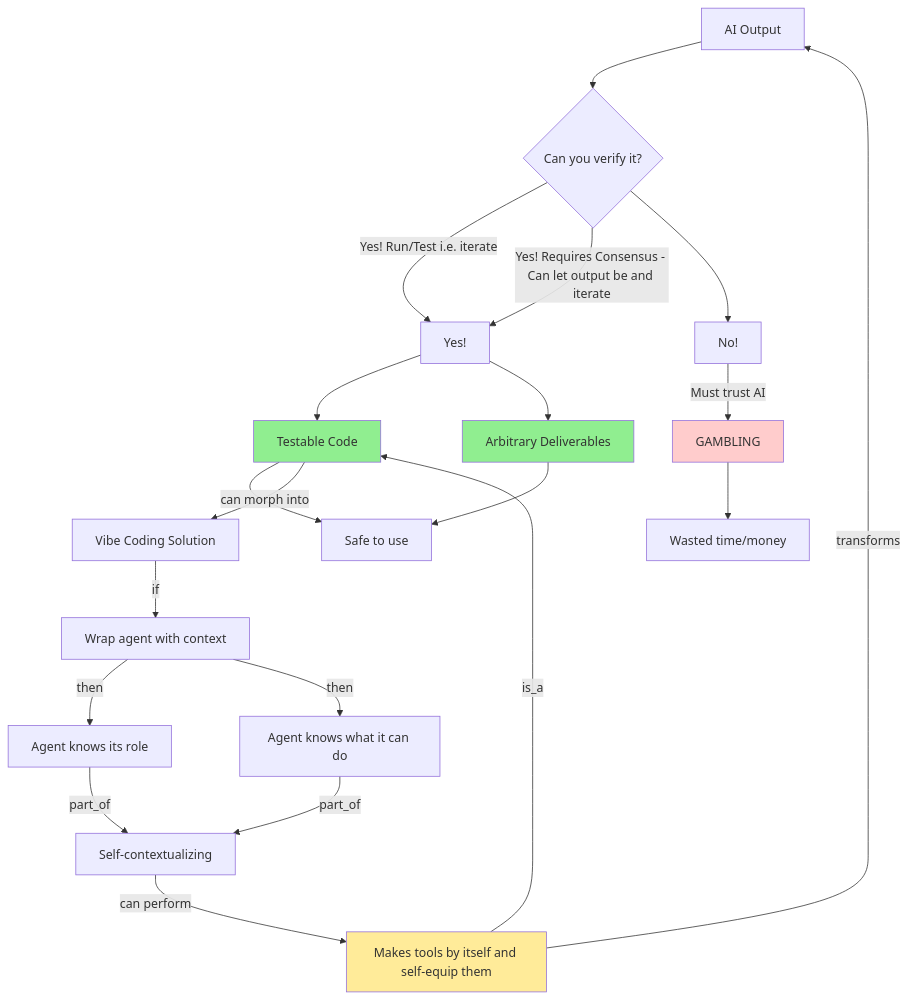
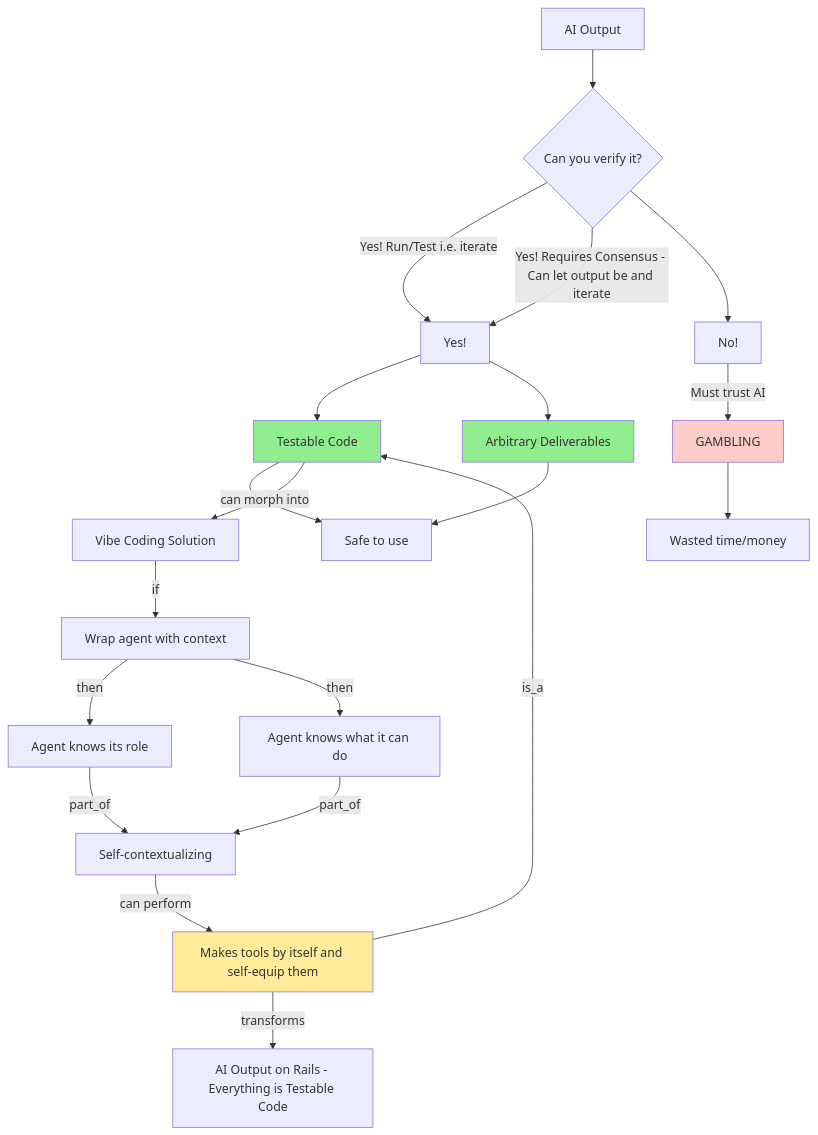
Before and after one commit to sancovp/starship-mcp: the diagram in docs/diagrams/0_VibeCodingBecomesAutoCoding.mermaid, drawn with Mermaid.

```diff
--- a/docs/diagrams/0_VibeCodingBecomesAutoCoding.mermaid
+++ b/docs/diagrams/0_VibeCodingBecomesAutoCoding.mermaid
@@ -1,27 +1,27 @@
 flowchart TD
     A[AI Output] --> B{Can you verify it?}
     B -->|Yes! Run/Test i.e. iterate| N[Yes!]
     N --> C[Testable Code]
     B -->|Yes! Requires Consensus - Can let output be and iterate| N
     N --> D[Arbitrary Deliverables]
     B --> O[No!]
     O --> |Must trust AI| E[GAMBLING]
     
     C --> F[Safe to use]
     D --> F
     E --> G[Wasted time/money]
     
     H[Vibe Coding Solution] -->|if| I[Wrap agent with context]
     I -->|then| J[Agent knows its role]
     I -->|then| K[Agent knows what it can do]
     J -->|part_of| L[Self-contextualizing]
     K -->|part_of| L
     L -->|can perform| M[Makes tools by itself and self-equip them]
     M -->|is_a| C
     C -->|can morph into| H
-    M -->|transforms| A
+    M -->|transforms| P[AI Output on Rails - Everything is Testable Code]
     
     style C fill:#90EE90
     style D fill:#90EE90
     style E fill:#ffcccc
     style M fill:#ffeb99
```
